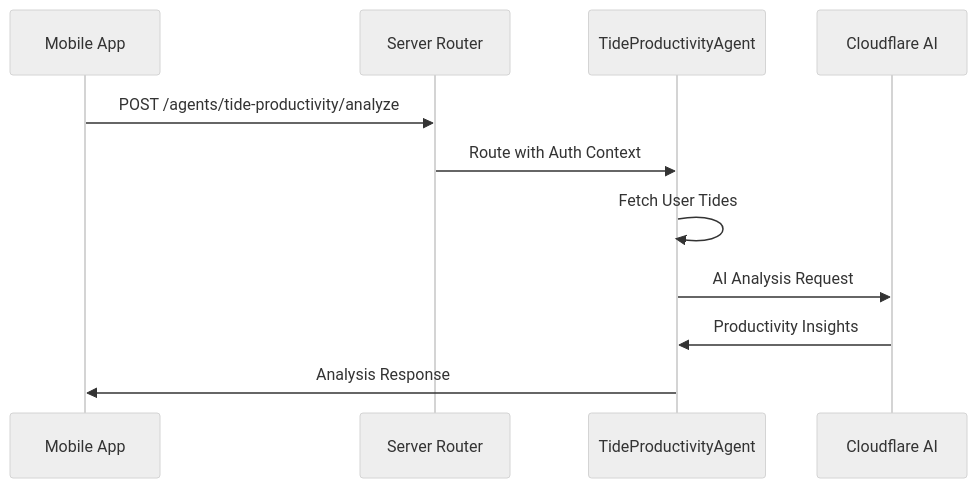
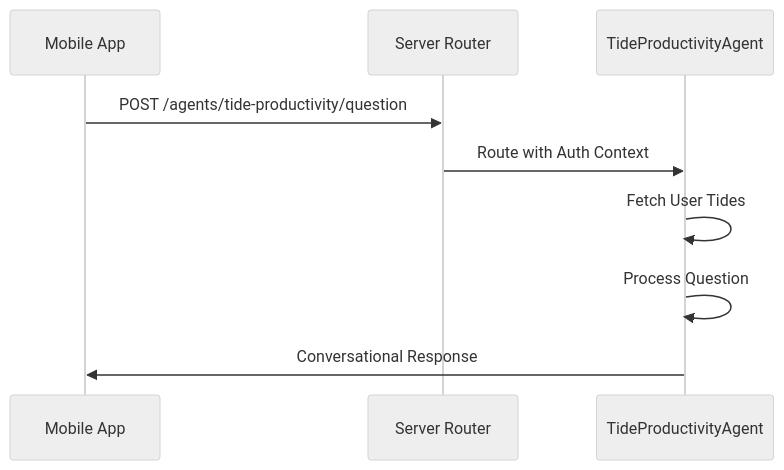
The sixth of 11 diagrams in README.md (mpazaryna/tides-lab), drawn with Mermaid (neutral theme) before and after one commit. The commit also changed other lines of this file and 14 other files, not shown here.

````diff
--- a/README.md
+++ b/README.md
@@ -148,14 +147,12 @@
 ```mermaid
 sequenceDiagram
     participant M as Mobile App
     participant Router as Server Router
     participant Agent as TideProductivityAgent
-    participant AI as Cloudflare AI
 
-    M->>Router: POST /agents/tide-productivity/analyze
+    M->>Router: POST /agents/tide-productivity/question
     Router->>Agent: Route with Auth Context
     Agent->>Agent: Fetch User Tides
-    Agent->>AI: AI Analysis Request
-    AI->>Agent: Productivity Insights
-    Agent->>M: Analysis Response
+    Agent->>Agent: Process Question
+    Agent->>M: Conversational Response
 ```
````
